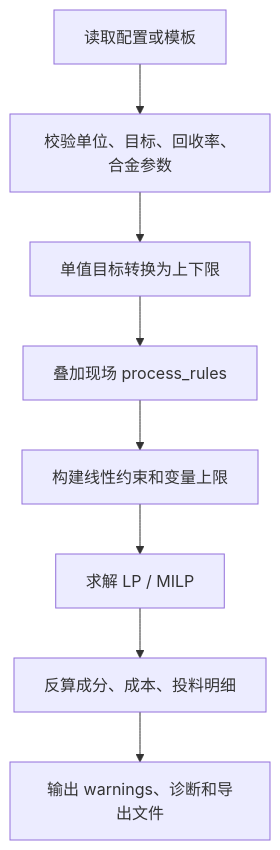
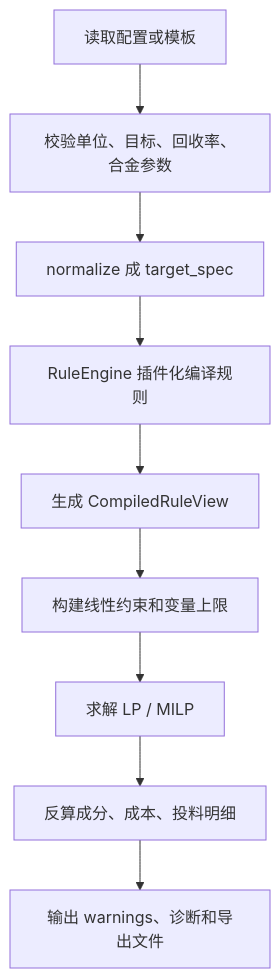
Before and after one commit to MagicXran/alloy_cost_calculation: the second of 2 diagrams in readme.md, drawn with Mermaid. The commit also changed other lines of this file and 9 other files, not shown here.

First line of the commit message:
refactor: centralize alloy rule semantics in plugin engine

````diff
--- a/readme.md
+++ b/readme.md
@@ -53,10 +53,11 @@
 ```mermaid
 flowchart TD
     A["读取配置或模板"] --> B["校验单位、目标、回收率、合金参数"]
-    B --> C["单值目标转换为上下限"]
-    C --> D["叠加现场 process_rules"]
-    D --> E["构建线性约束和变量上限"]
-    E --> F["求解 LP / MILP"]
-    F --> G["反算成分、成本、投料明细"]
-    G --> H["输出 warnings、诊断和导出文件"]
+    B --> C["normalize 成 target_spec"]
+    C --> D["RuleEngine 插件化编译规则"]
+    D --> E["生成 CompiledRuleView"]
+    E --> F["构建线性约束和变量上限"]
+    F --> G["求解 LP / MILP"]
+    G --> H["反算成分、成本、投料明细"]
+    H --> I["输出 warnings、诊断和导出文件"]
 ```
````
